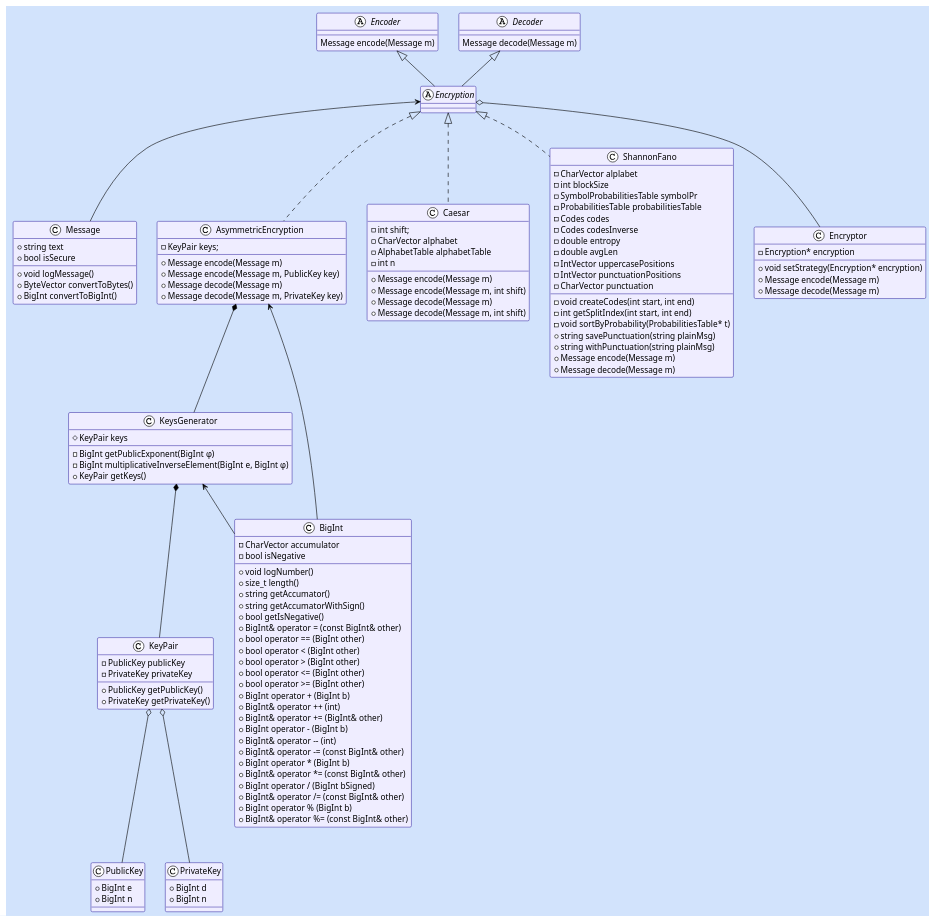
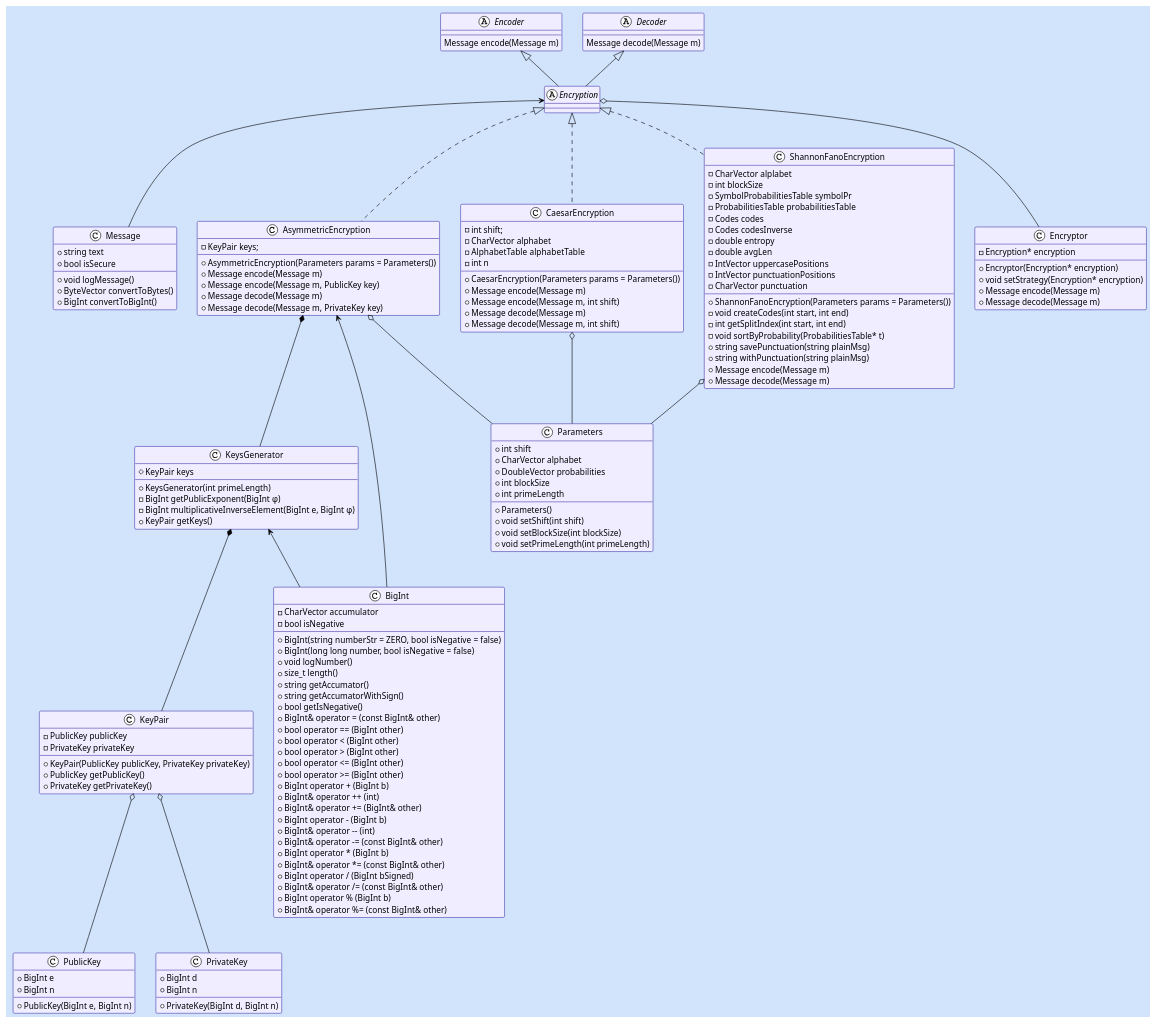
Before and after one commit to RNEvok/Encryption: the diagram in Diagrams/classes.puml, drawn with PlantUML. The commit also changed 1 other file, not shown here.

Commit message:
Diagrams updated

```diff
--- a/Diagrams/classes.puml
+++ b/Diagrams/classes.puml
@@ -1,144 +1,165 @@
 @startuml Диаграмма классов
   !theme plain
   skinparam BackgroundColor #d2e3fc
   skinparam ClassBorderColor #4940ad
   skinparam ClassBackgroundColor #efedff
   skinparam Handwritten false
 
   class Message {
     +string text
     +bool isSecure
     +void logMessage()
     +ByteVector convertToBytes()
     +BigInt convertToBigInt()
   }
 
   abstract Encryption
 
   class AsymmetricEncryption {
     -KeyPair keys;
+    +AsymmetricEncryption(Parameters params = Parameters())
     +Message encode(Message m)
     +Message encode(Message m, PublicKey key)
     +Message decode(Message m)
     +Message decode(Message m, PrivateKey key)
   }
   class PublicKey {
     +BigInt e
     +BigInt n
+    +PublicKey(BigInt e, BigInt n)
   }
   class PrivateKey {
     +BigInt d
     +BigInt n
+    +PrivateKey(BigInt d, BigInt n)
   }
   class KeyPair {
     -PublicKey publicKey
     -PrivateKey privateKey
+    +KeyPair(PublicKey publicKey, PrivateKey privateKey)
     +PublicKey getPublicKey()
     +PrivateKey getPrivateKey()
   }
 
   class KeysGenerator {
     #KeyPair keys
+    +KeysGenerator(int primeLength)
     -BigInt getPublicExponent(BigInt φ)
     -BigInt multiplicativeInverseElement(BigInt e, BigInt φ)
     +KeyPair getKeys()
   }
 
-  class Caesar {
+  class CaesarEncryption {
     -int shift;
     -CharVector alphabet
     -AlphabetTable alphabetTable
     -int n
+    +CaesarEncryption(Parameters params = Parameters())
     +Message encode(Message m)
     +Message encode(Message m, int shift)
     +Message decode(Message m)
     +Message decode(Message m, int shift)
   }
 
-  class ShannonFano {
+  class ShannonFanoEncryption {
     -CharVector alplabet
     -int blockSize
     -SymbolProbabilitiesTable symbolPr
     -ProbabilitiesTable probabilitiesTable
     -Codes codes
     -Codes codesInverse
     -double entropy
     -double avgLen 
     -IntVector uppercasePositions
     -IntVector punctuationPositions
     -CharVector punctuation
+    +ShannonFanoEncryption(Parameters params = Parameters())
     -void createCodes(int start, int end)
     -int getSplitIndex(int start, int end)
     -void sortByProbability(ProbabilitiesTable* t)
     +string savePunctuation(string plainMsg)
     +string withPunctuation(string plainMsg)
     +Message encode(Message m)
     +Message decode(Message m)
   }
 
   abstract Encoder {
     Message encode(Message m)
   }
 
   abstract Decoder {
     Message decode(Message m)
   }
 
+  class Parameters {
+    +int shift
+    +CharVector alphabet
+    +DoubleVector probabilities
+    +int blockSize
+    +int primeLength
+    +Parameters()
+    +void setShift(int shift)
+    +void setBlockSize(int blockSize)
+    +void setPrimeLength(int primeLength)
+  }
+
   class Encryptor {
     -Encryption* encryption
+    +Encryptor(Encryption* encryption)
     +void setStrategy(Encryption* encryption)
     +Message encode(Message m)
     +Message decode(Message m)
   }
 
   class BigInt {
     -CharVector accumulator
     -bool isNegative
+    +BigInt(string numberStr = ZERO, bool isNegative = false)
+    +BigInt(long long number, bool isNegative = false)
     +void logNumber()
     +size_t length()
     +string getAccumator()
     +string getAccumatorWithSign()
     +bool getIsNegative()
     +BigInt& operator = (const BigInt& other)
     +bool operator == (BigInt other)
     +bool operator < (BigInt other)
     +bool operator > (BigInt other)
     +bool operator <= (BigInt other)
     +bool operator >= (BigInt other)
     +BigInt operator + (BigInt b)
     +BigInt& operator ++ (int)
     +BigInt& operator += (BigInt& other)
     +BigInt operator - (BigInt b)
     +BigInt& operator -- (int)
     +BigInt& operator -= (const BigInt& other)
     +BigInt operator * (BigInt b)
     +BigInt& operator *= (const BigInt& other)
     +BigInt operator / (BigInt bSigned)
     +BigInt& operator /= (const BigInt& other)
     +BigInt operator % (BigInt b)
     +BigInt& operator %= (const BigInt& other)
   }
 
   KeyPair o-- PrivateKey
   KeyPair o-- PublicKey
 
   Encoder <|-- Encryption
   Decoder <|-- Encryption
 
   Encryption <|.. AsymmetricEncryption
-  Encryption <|.. Caesar
-  Encryption <|.. ShannonFano
+  Encryption <|.. CaesarEncryption
+  Encryption <|.. ShannonFanoEncryption
   Encryption o-- Encryptor
   Encryption <-- Message
 
   AsymmetricEncryption *-- KeysGenerator
   AsymmetricEncryption <-- BigInt
-  ' AsymmetricEncryption *-- Encoder
-  ' AsymmetricEncryption *-- Decoder
+  AsymmetricEncryption o-- Parameters
+  CaesarEncryption o-- Parameters
+  ShannonFanoEncryption o-- Parameters
 
   KeysGenerator *-- KeyPair
   KeysGenerator <-- BigInt
-  ' Encoder <-- BigInt
-  ' Decoder <-- BigInt
   
 @enduml
```
